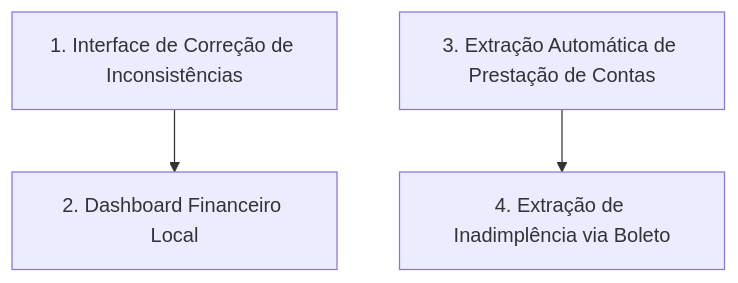
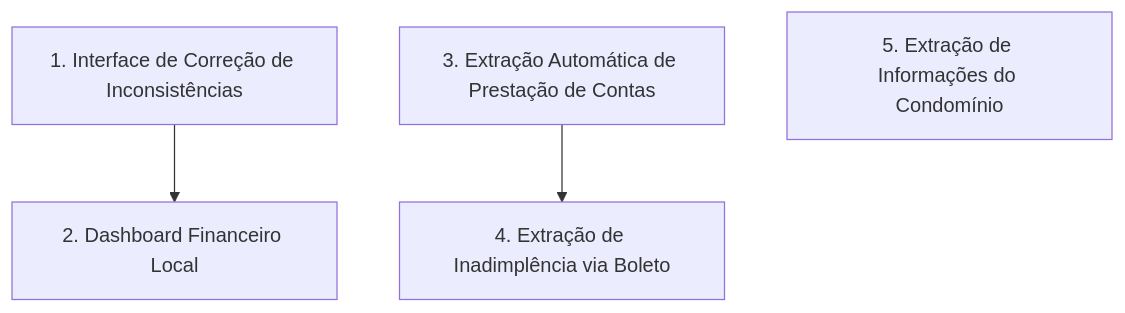
The diagram in proximos_passos.md (steffmartin/winker-scrapper), drawn with Mermaid before and after one commit. The commit also changed other lines of this file and 168 other files, not shown here.

````diff
--- a/proximos_passos.md
+++ b/proximos_passos.md
@@ -28,5 +28,6 @@
 ```mermaid
 graph TD
     B[1. Interface de Correção de Inconsistências] --> C[2. Dashboard Financeiro Local]
     D[3. Extração Automática de Prestação de Contas] --> G[4. Extração de Inadimplência via Boleto]
+    H[5. Extração de Informações do Condomínio]
 ```
````
